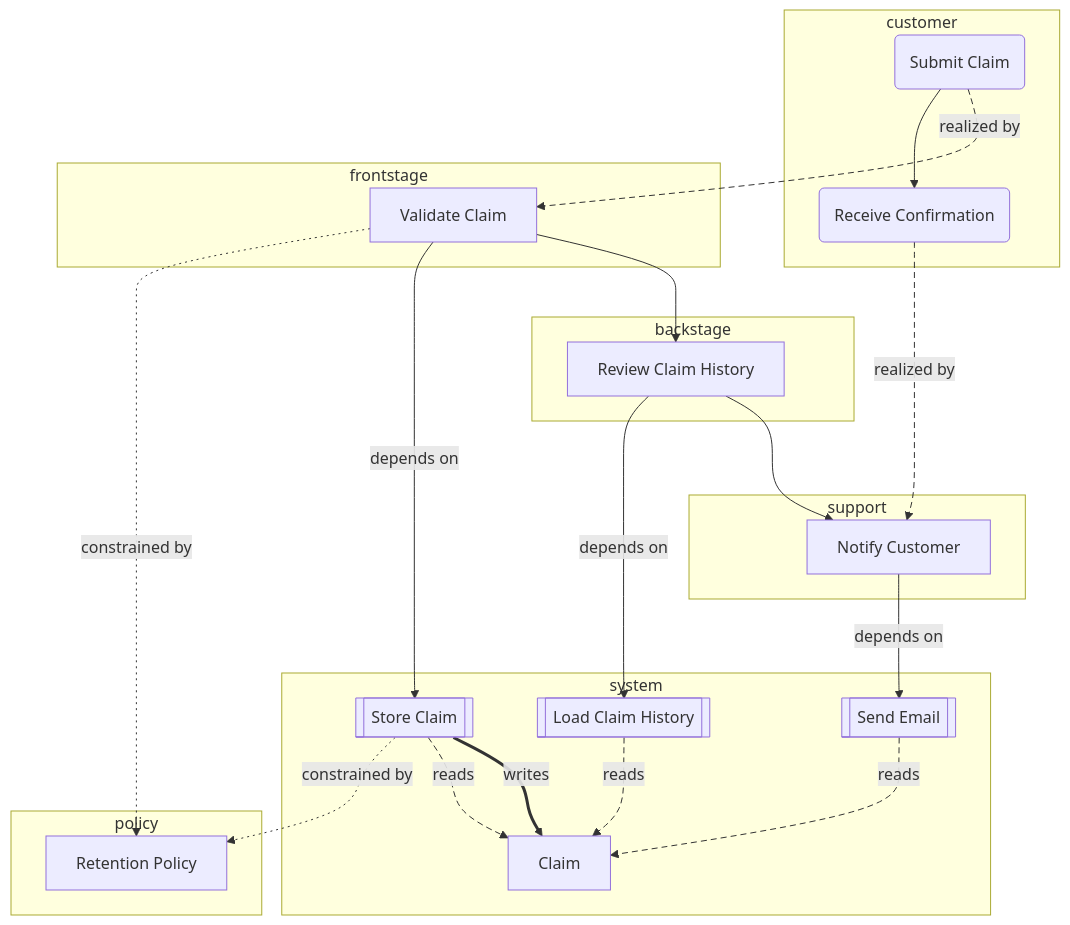
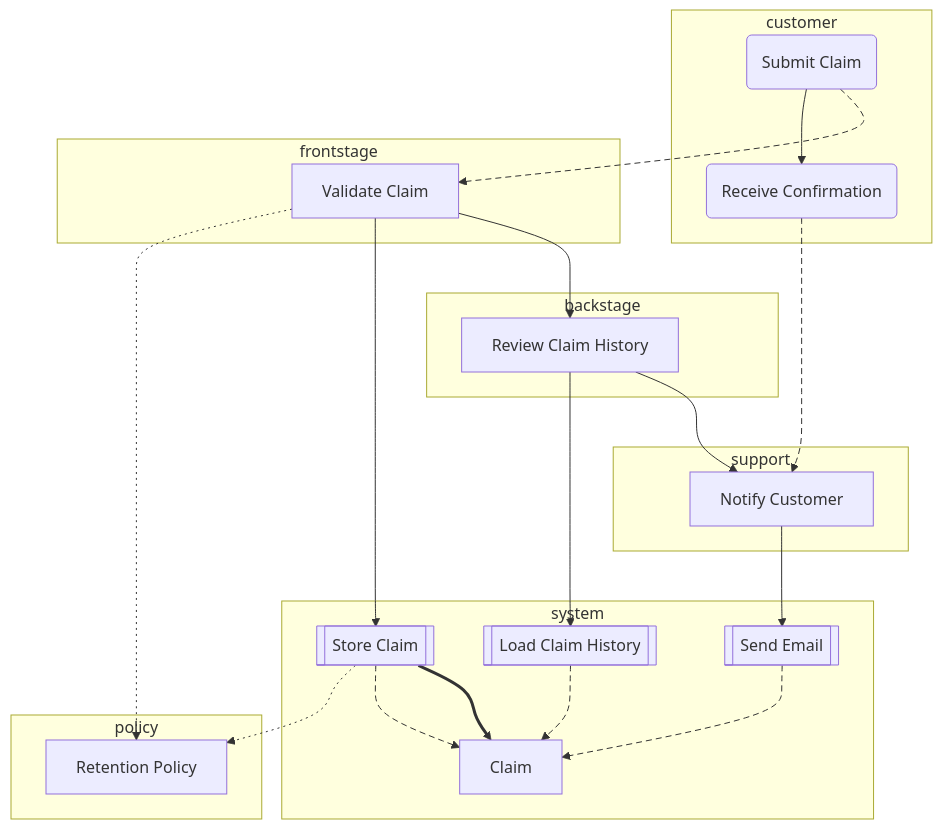
One commit to knutopia/Structured-Design-Documents changed the diagram in examples/rendered/v0.1/service_blueprint_diagram_type/service_blueprint_slice_example/simple_profile/service_blueprint_slice.service_blueprint.mmd. Above: the diagram before and after it, drawn with Mermaid. The commit also changed 42 other files, not shown here.

```diff
--- a/examples/rendered/v0.1/service_blueprint_diagram_type/service_blueprint_slice_example/simple_profile/service_blueprint_slice.service_blueprint.mmd
+++ b/examples/rendered/v0.1/service_blueprint_diagram_type/service_blueprint_slice_example/simple_profile/service_blueprint_slice.service_blueprint.mmd
@@ -1,40 +1,40 @@
 flowchart TB
   subgraph n_lane_01_customer["customer"]
     n_J_020("Submit Claim")
     n_J_021("Receive Confirmation")
   end
   subgraph n_lane_02_frontstage["frontstage"]
     n_PR_020["Validate Claim"]
   end
   subgraph n_lane_03_backstage["backstage"]
     n_PR_021["Review Claim History"]
   end
   subgraph n_lane_04_support["support"]
     n_PR_022["Notify Customer"]
   end
   subgraph n_lane_05_system["system"]
     n_SA_020[["Store Claim"]]
     n_SA_021[["Load Claim History"]]
     n_SA_022[["Send Email"]]
     n_D_020["Claim"]
   end
   subgraph n_lane_06_policy["policy"]
     n_PL_020["Retention Policy"]
   end
   n_J_020 --> n_J_021
-  n_J_020 -->|realized by| n_PR_020
-  n_J_021 -->|realized by| n_PR_022
-  n_PR_020 -->|constrained by| n_PL_020
-  n_PR_020 -->|depends on| n_SA_020
+  n_J_020 --> n_PR_020
+  n_J_021 --> n_PR_022
+  n_PR_020 --> n_PL_020
+  n_PR_020 --> n_SA_020
   n_PR_020 --> n_PR_021
-  n_PR_021 -->|depends on| n_SA_021
+  n_PR_021 --> n_SA_021
   n_PR_021 --> n_PR_022
-  n_PR_022 -->|depends on| n_SA_022
-  n_SA_020 -->|constrained by| n_PL_020
-  n_SA_020 -->|reads| n_D_020
-  n_SA_020 -->|writes| n_D_020
-  n_SA_021 -->|reads| n_D_020
-  n_SA_022 -->|reads| n_D_020
+  n_PR_022 --> n_SA_022
+  n_SA_020 --> n_PL_020
+  n_SA_020 --> n_D_020
+  n_SA_020 --> n_D_020
+  n_SA_021 --> n_D_020
+  n_SA_022 --> n_D_020
   linkStyle 1,2,10,12,13 stroke-dasharray: 6 4;
   linkStyle 3,9 stroke-dasharray: 2 4;
   linkStyle 11 stroke-width: 3px;
```
